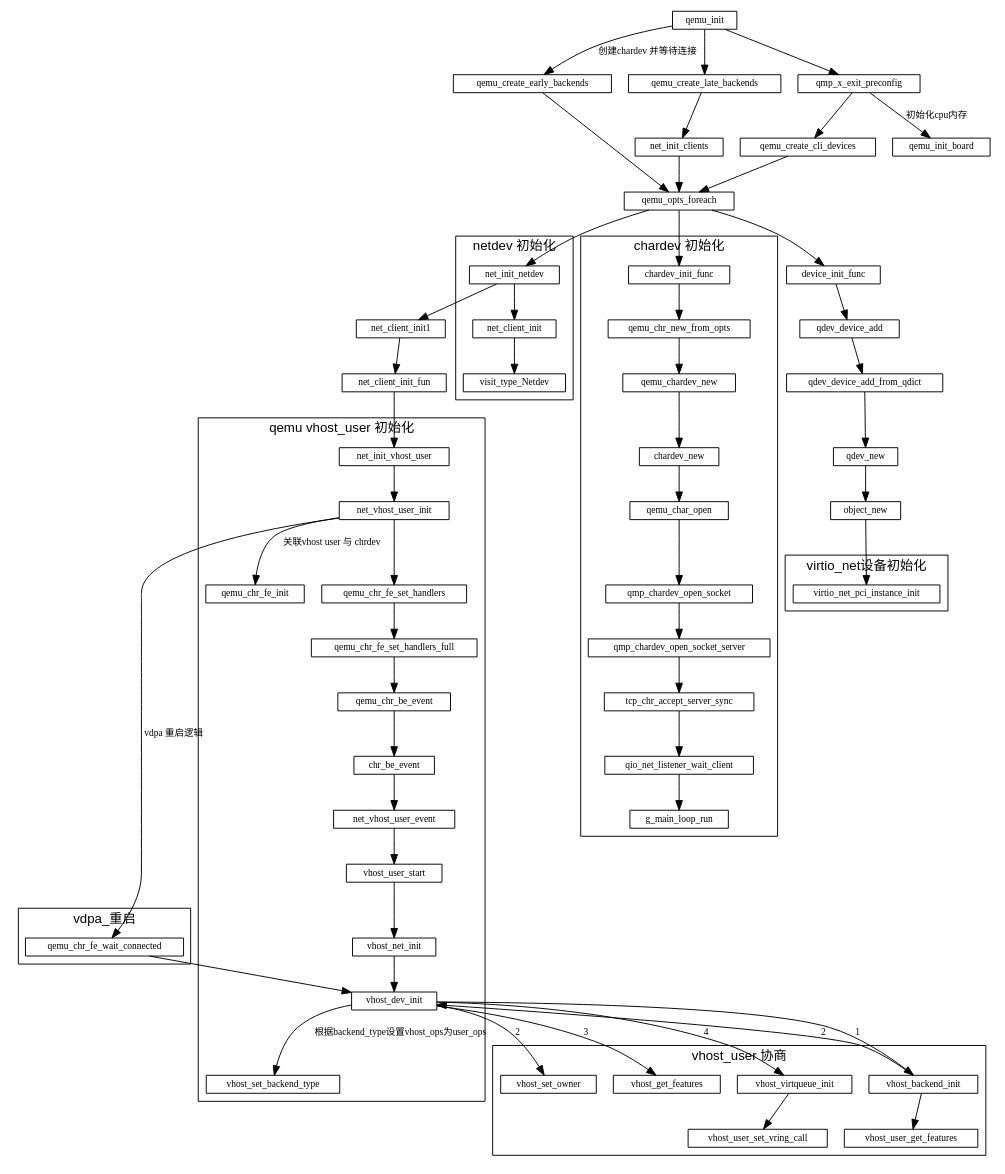
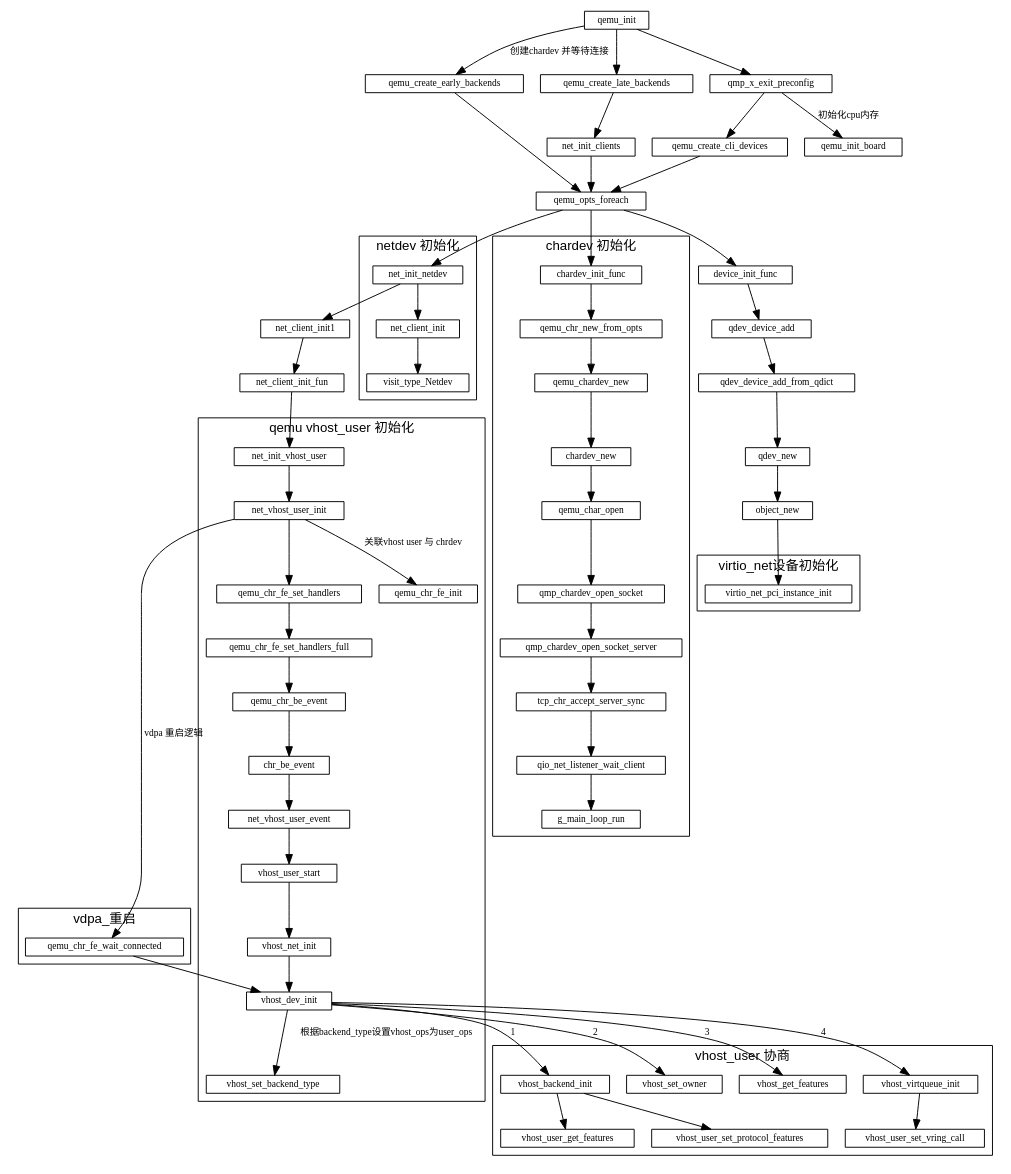
One commit to sisyphus1212/note changed the diagram in qemu/qemu初始化.md. Above: the diagram before and after it, drawn with Graphviz.

Commit message:
auto_update

```diff
--- a/qemu/qemu初始化.md
+++ b/qemu/qemu初始化.md
@@ -69,7 +69,7 @@
         //vhost_dev_init ->
         vhost_dev_init -> vhost_backend_init[label="1"]
             vhost_backend_init -> vhost_user_get_features
-            vhost_backend_init ->
+            vhost_backend_init -> vhost_user_set_protocol_features
         vhost_dev_init -> vhost_set_owner[label="2"]
         vhost_dev_init -> vhost_get_features[label="3"]
         vhost_dev_init -> vhost_virtqueue_init[label="4"]
```
